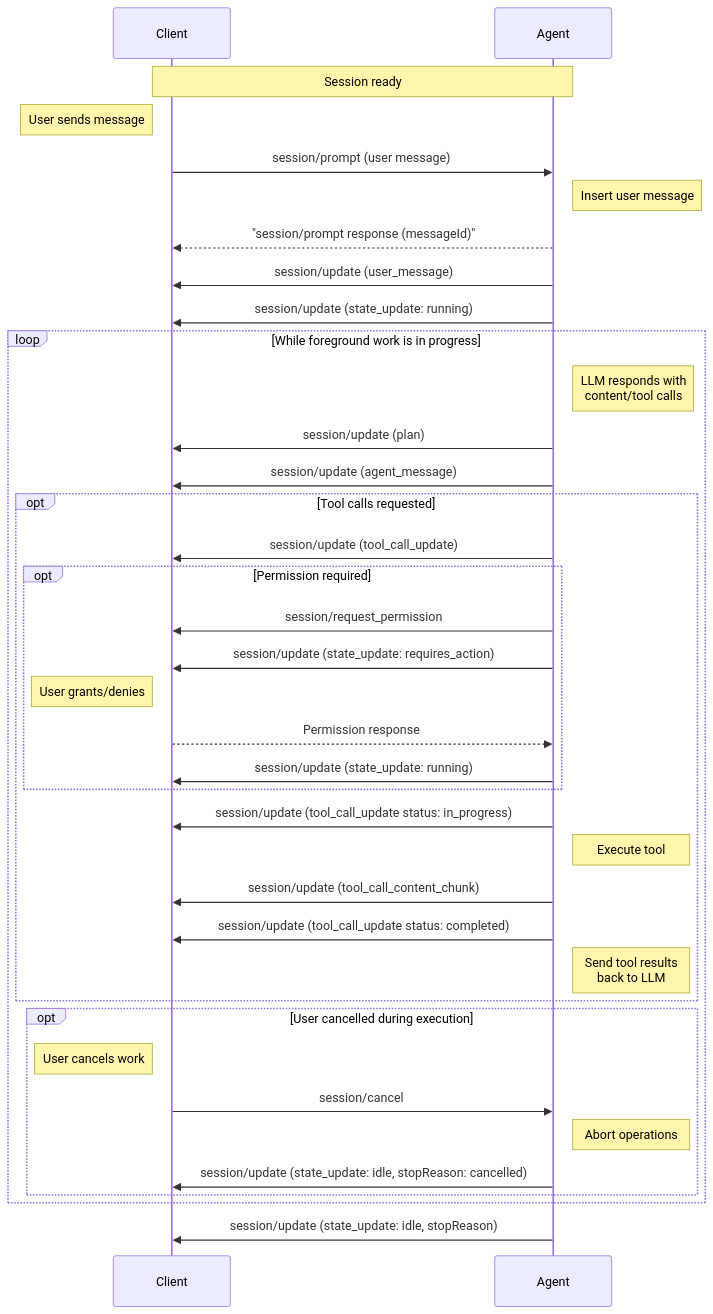
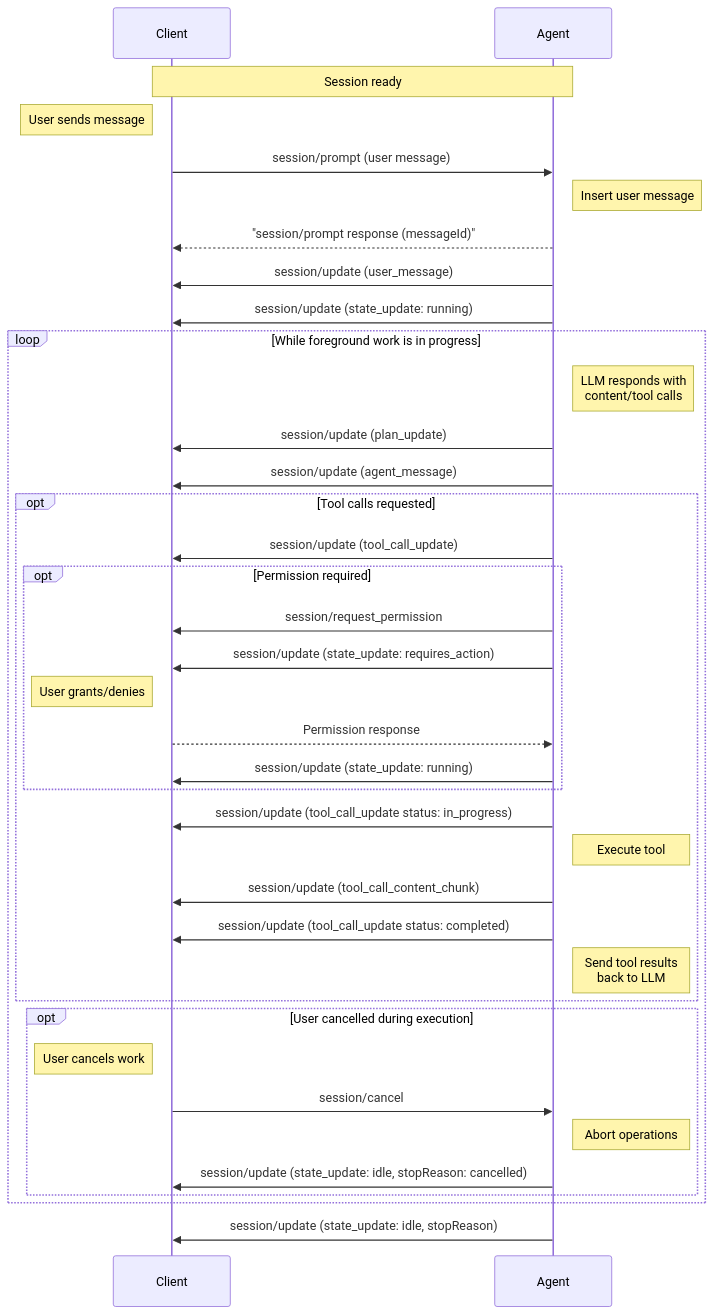
The diagram in docs/protocol/v2/draft/prompt-lifecycle.mdx (dayanruben/agent-client-protocol), drawn with Mermaid before and after one commit. The commit also changed other lines of this file and 3 other files, not shown here.

````diff
--- a/docs/protocol/v2/draft/prompt-lifecycle.mdx
+++ b/docs/protocol/v2/draft/prompt-lifecycle.mdx
@@ -18,46 +51,46 @@
 ```mermaid
 sequenceDiagram
     participant Client
     participant Agent
 
     Note over Agent,Client: Session ready
 
     Note left of Client: User sends message
     Client->>Agent: session/prompt (user message)
     Note right of Agent: Insert user message
     Agent-->>Client: "session/prompt response (messageId)"
     Agent->>Client: session/update (user_message)
     Agent->>Client: session/update (state_update: running)
 
     loop While foreground work is in progress
         Note right of Agent: LLM responds with<br/>content/tool calls
-        Agent->>Client: session/update (plan)
+        Agent->>Client: session/update (plan_update)
         Agent->>Client: session/update (agent_message)
 
         opt Tool calls requested
             Agent->>Client: session/update (tool_call_update)
             opt Permission required
                 Agent->>Client: session/request_permission
                 Agent->>Client: session/update (state_update: requires_action)
                 Note left of Client: User grants/denies
                 Client-->>Agent: Permission response
                 Agent->>Client: session/update (state_update: running)
             end
             Agent->>Client: session/update (tool_call_update status: in_progress)
             Note right of Agent: Execute tool
             Agent->>Client: session/update (tool_call_content_chunk)
             Agent->>Client: session/update (tool_call_update status: completed)
             Note right of Agent: Send tool results<br/>back to LLM
         end
 
       opt User cancelled during execution
           Note left of Client: User cancels work
           Client->>Agent: session/cancel
           Note right of Agent: Abort operations
           Agent->>Client: session/update (state_update: idle, stopReason: cancelled)
       end
     end
 
     Agent->>Client: session/update (state_update: idle, stopReason)
 
 ```
````
